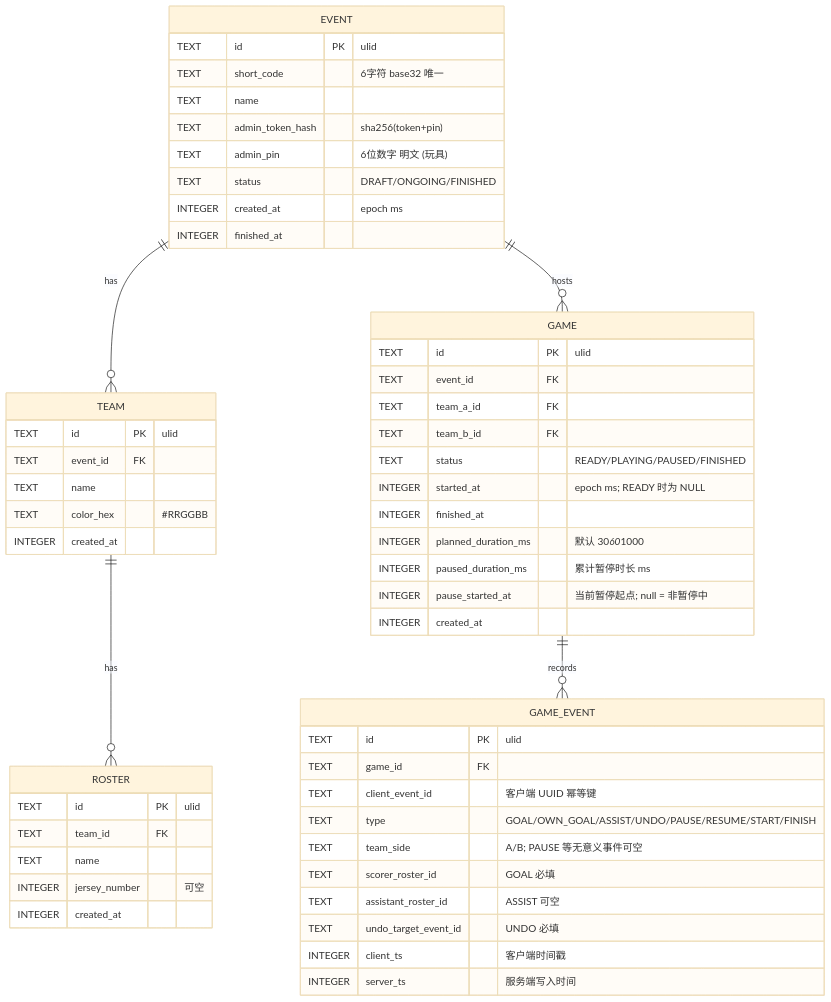
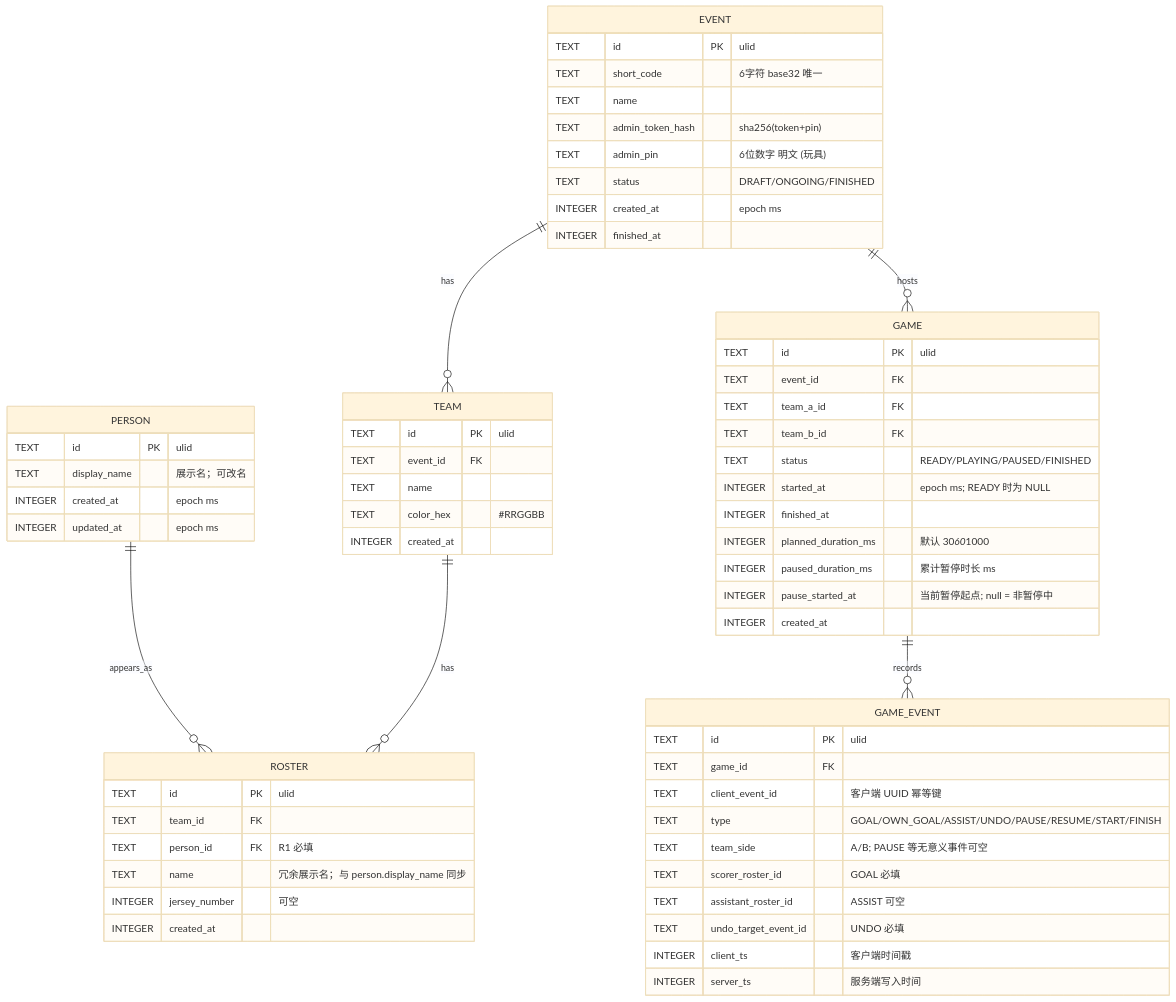
One commit to liveForExperience/pitch-master changed the diagram in docs/ARCHITECTURE_V2.md. Above: the diagram before and after it, drawn with Mermaid (base theme). The commit also changed other lines of this file and 33 other files, not shown here.

````diff
--- a/docs/ARCHITECTURE_V2.md
+++ b/docs/ARCHITECTURE_V2.md
@@ -137,57 +140,65 @@
 ```mermaid
 erDiagram
+    PERSON ||--o{ ROSTER : appears_as
     EVENT ||--o{ TEAM : has
     EVENT ||--o{ GAME : hosts
     TEAM ||--o{ ROSTER : has
     GAME ||--o{ GAME_EVENT : records
 
+    PERSON {
+        TEXT id PK "ulid"
+        TEXT display_name "展示名；可改名"
+        INTEGER created_at "epoch ms"
+        INTEGER updated_at "epoch ms"
+    }
     EVENT {
         TEXT id PK "ulid"
         TEXT short_code "6字符 base32 唯一"
         TEXT name
         TEXT admin_token_hash "sha256(token+pin)"
         TEXT admin_pin "6位数字 明文 (玩具)"
         TEXT status "DRAFT/ONGOING/FINISHED"
         INTEGER created_at "epoch ms"
         INTEGER finished_at
     }
     TEAM {
         TEXT id PK "ulid"
         TEXT event_id FK
         TEXT name
         TEXT color_hex "#RRGGBB"
         INTEGER created_at
     }
     ROSTER {
         TEXT id PK "ulid"
         TEXT team_id FK
-        TEXT name
+        TEXT person_id FK "R1 必填"
+        TEXT name "冗余展示名；与 person.display_name 同步"
         INTEGER jersey_number "可空"
         INTEGER created_at
     }
     GAME {
         TEXT id PK "ulid"
         TEXT event_id FK
         TEXT team_a_id FK
         TEXT team_b_id FK
         TEXT status "READY/PLAYING/PAUSED/FINISHED"
         INTEGER started_at "epoch ms; READY 时为 NULL"
         INTEGER finished_at
         INTEGER planned_duration_ms "默认 30*60*1000"
         INTEGER paused_duration_ms "累计暂停时长 ms"
         INTEGER pause_started_at "当前暂停起点; null = 非暂停中"
         INTEGER created_at
     }
     GAME_EVENT {
         TEXT id PK "ulid"
         TEXT game_id FK
         TEXT client_event_id "客户端 UUID 幂等键"
         TEXT type "GOAL/OWN_GOAL/ASSIST/UNDO/PAUSE/RESUME/START/FINISH"
         TEXT team_side "A/B; PAUSE 等无意义事件可空"
         TEXT scorer_roster_id "GOAL 必填"
         TEXT assistant_roster_id "ASSIST 可空"
         TEXT undo_target_event_id "UNDO 必填"
         INTEGER client_ts "客户端时间戳"
         INTEGER server_ts "服务端写入时间"
     }
 ```
````
